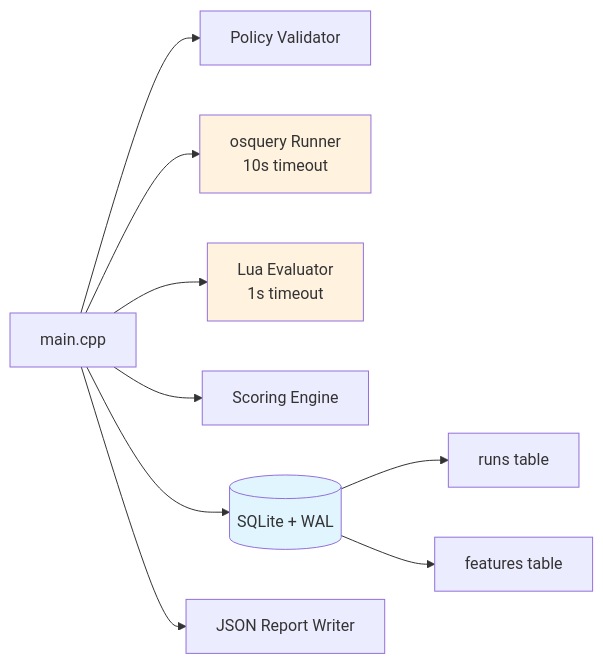
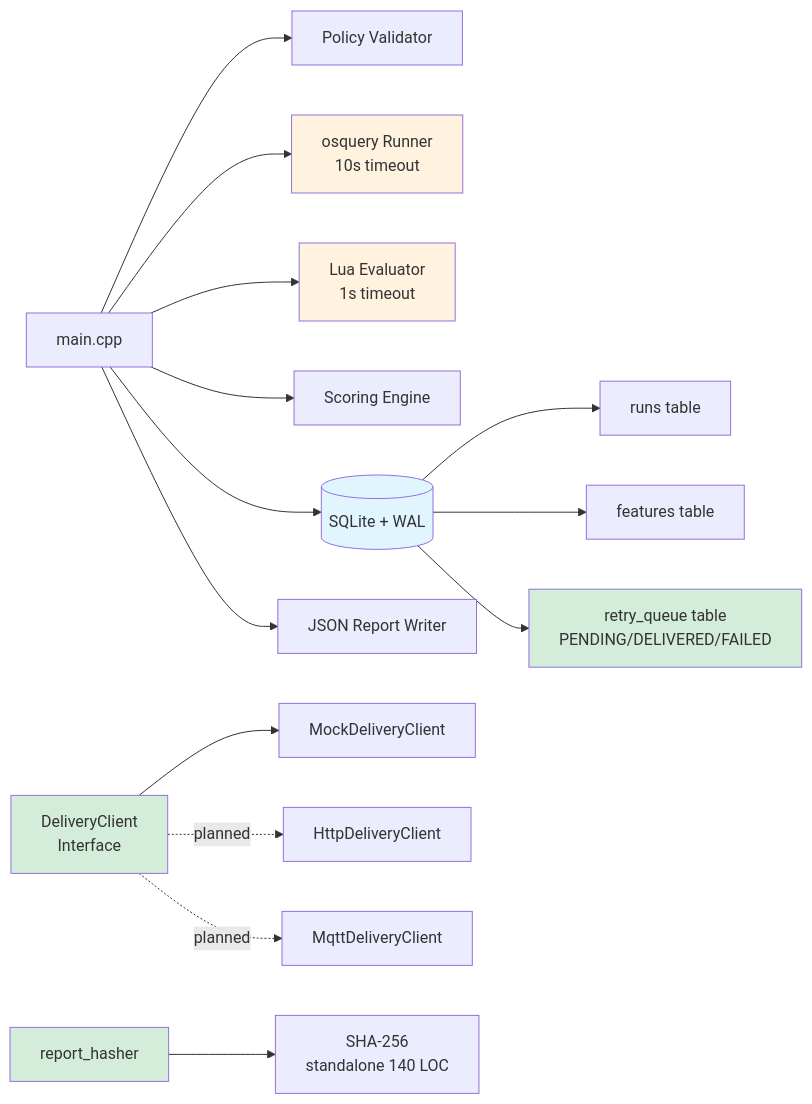
Before and after one commit to rohan2107/Sentinel: the diagram in README.md, drawn with Mermaid. The commit also changed other lines of this file and 8 other files, not shown here.

````diff
--- a/README.md
+++ b/README.md
@@ -269,15 +268,26 @@
 ```mermaid
 graph LR
     A[main.cpp] --> B[Policy Validator]
     A --> C[osquery Runner<br/>10s timeout]
     A --> D[Lua Evaluator<br/>1s timeout]
     A --> E[Scoring Engine]
     A --> F[(SQLite + WAL)]
+    A --> I[JSON Report Writer]
+    
     F --> G[runs table]
     F --> H[features table]
-    A --> I[JSON Report Writer]
+    F --> J[retry_queue table<br/>PENDING/DELIVERED/FAILED]
+    
+    K[DeliveryClient<br/>Interface] --> L[MockDeliveryClient]
+    K -.planned.-> M[HttpDeliveryClient]
+    K -.planned.-> N[MqttDeliveryClient]
+    
+    O[report_hasher] --> P[SHA-256<br/>standalone 140 LOC]
     
     style F fill:#e1f5ff
     style C fill:#fff3e0
     style D fill:#fff3e0
+    style J fill:#d4edda
+    style K fill:#d4edda
+    style O fill:#d4edda
 ```
````
